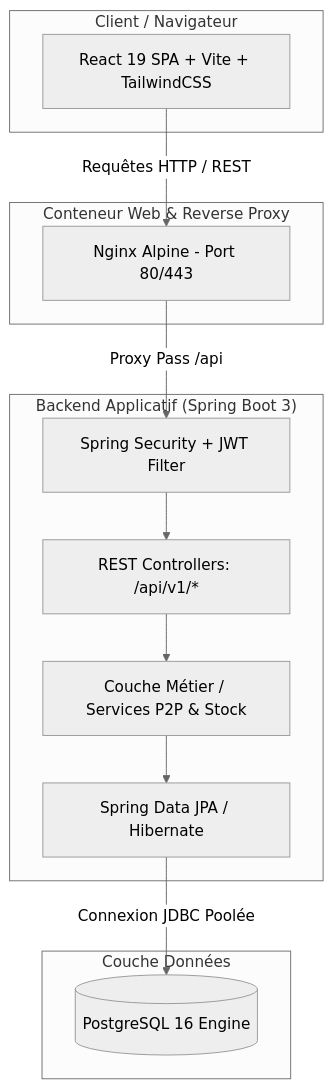
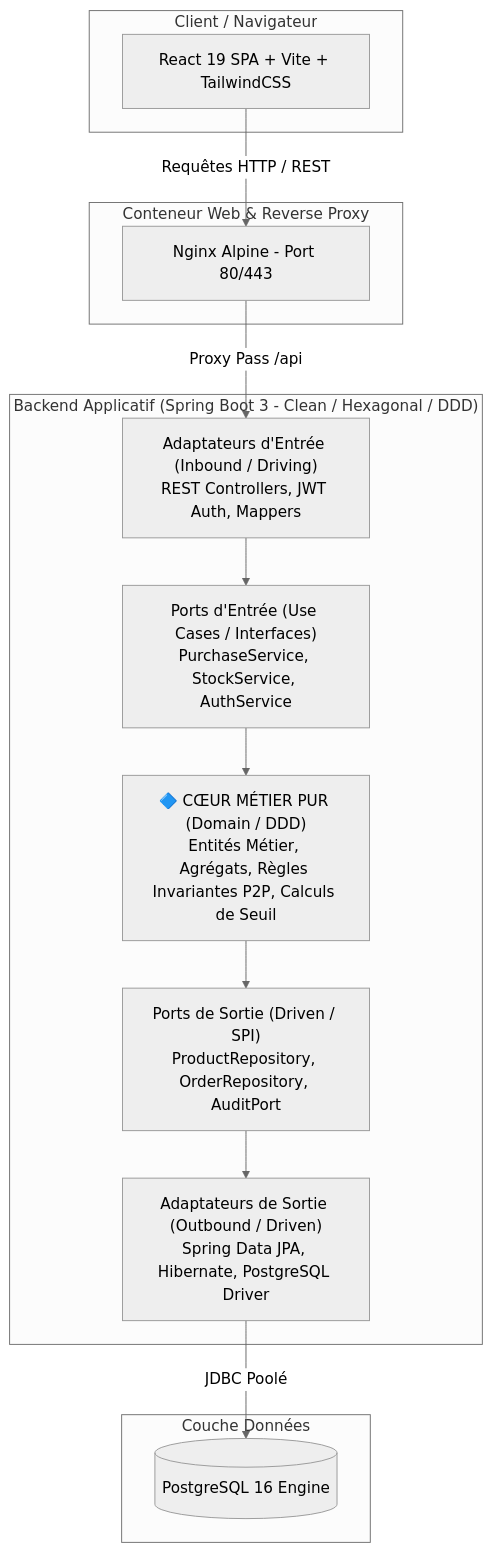
The first of 2 diagrams in README.md (said101112/StockPilot), drawn with Mermaid (neutral theme) before and after one commit. The commit also changed other lines of this file, not shown here.

Commit message:
docs: add Hexagonal Architecture and DDD details for backend in README

````diff
--- a/README.md
+++ b/README.md
@@ -66,28 +66,30 @@
 ```mermaid
 flowchart TD
     subgraph Client ["Client / Navigateur"]
         UI[React 19 SPA + Vite + TailwindCSS]
     end
 
     subgraph ReverseProxy ["Conteneur Web & Reverse Proxy"]
         Nginx[Nginx Alpine - Port 80/443]
     end
 
-    subgraph BackendApp ["Backend Applicatif (Spring Boot 3)"]
-        Security[Spring Security + JWT Filter]
-        Controllers[REST Controllers: /api/v1/*]
-        Services[Couche Métier / Services P2P & Stock]
-        DataLayer[Spring Data JPA / Hibernate]
+    subgraph BackendApp ["Backend Applicatif (Spring Boot 3 - Clean / Hexagonal / DDD)"]
+        InboundAdapters["Adaptateurs d'Entrée (Inbound / Driving)\nREST Controllers, JWT Auth, Mappers"]
+        PortsIn["Ports d'Entrée (Use Cases / Interfaces)\nPurchaseService, StockService, AuthService"]
+        DomainCore["🔷 CŒUR MÉTIER PUR (Domain / DDD)\nEntités Métier, Agrégats, Règles Invariantes P2P, Calculs de Seuil"]
+        PortsOut["Ports de Sortie (Driven / SPI)\nProductRepository, OrderRepository, AuditPort"]
+        OutboundAdapters["Adaptateurs de Sortie (Outbound / Driven)\nSpring Data JPA, Hibernate, PostgreSQL Driver"]
     end
 
     subgraph Database ["Couche Données"]
         Postgres[(PostgreSQL 16 Engine)]
     end
 
     UI -->|Requêtes HTTP / REST| Nginx
-    Nginx -->|Proxy Pass /api| Security
-    Security --> Controllers
-    Controllers --> Services
-    Services --> DataLayer
-    DataLayer -->|Connexion JDBC Poolée| Postgres
+    Nginx -->|Proxy Pass /api| InboundAdapters
+    InboundAdapters --> PortsIn
+    PortsIn --> DomainCore
+    DomainCore --> PortsOut
+    PortsOut --> OutboundAdapters
+    OutboundAdapters -->|JDBC Poolé| Postgres
 ```
````
